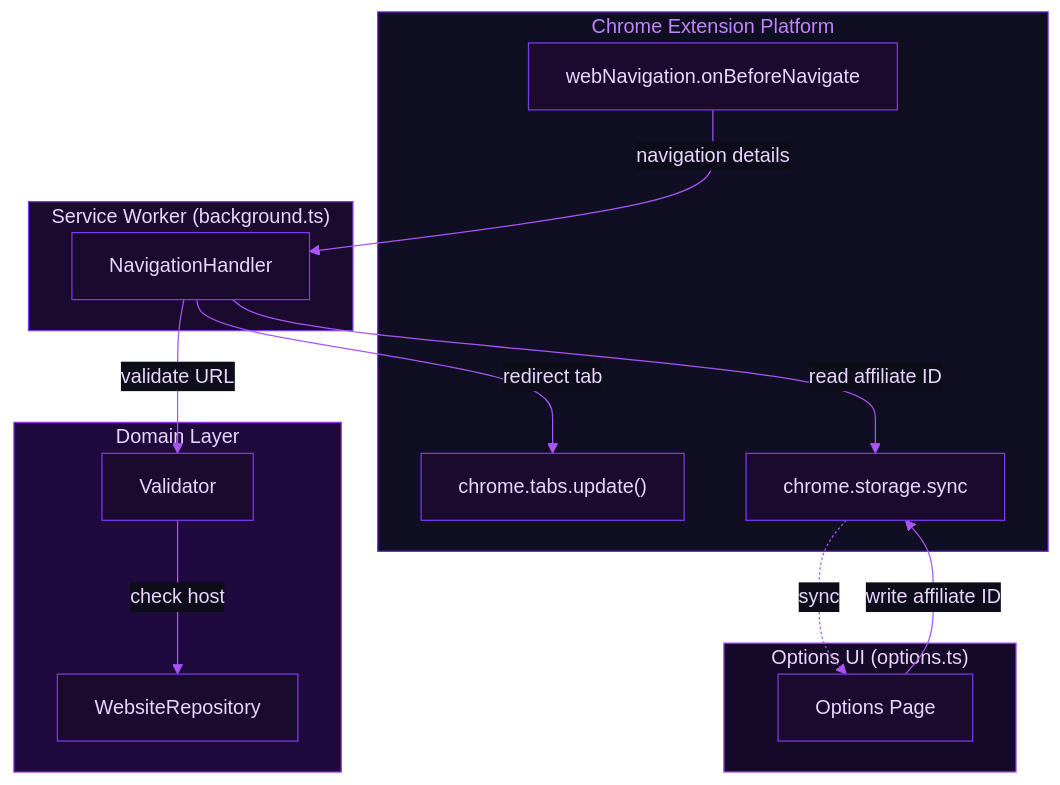
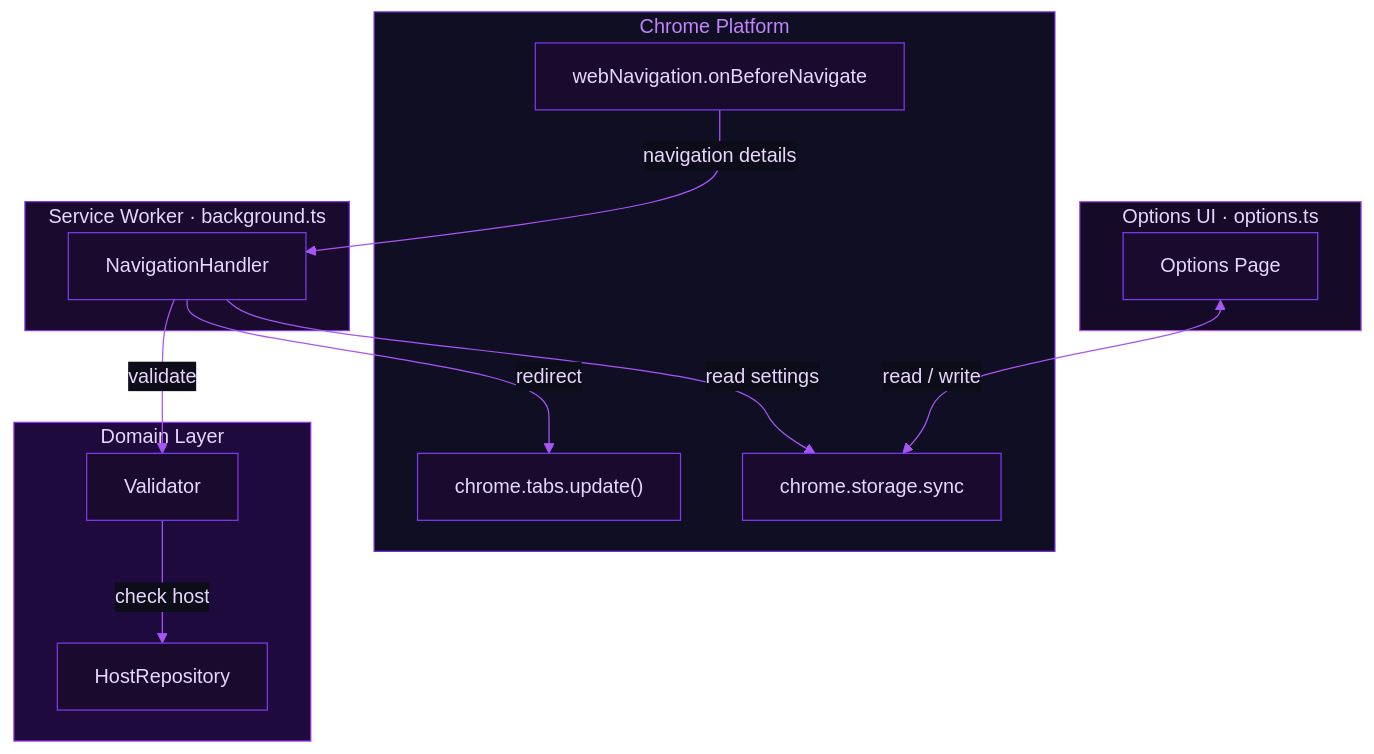
The first of 3 diagrams in README.md (simwai/chrome-extension-template), drawn with Mermaid before and after one commit. The commit also changed other lines of this file and 21 other files, not shown here.

First line of the commit message:
refactor: reduce to generic chrome extension template

````diff
--- a/README.md
+++ b/README.md
@@ -69,35 +33,34 @@
 ```mermaid
-%%{init: {'theme': 'base', 'themeVariables': {'primaryColor': '#1a0a2e', 'primaryTextColor': '#e9d5ff', 'primaryBorderColor': '#7c3aed', 'lineColor': '#a855f7', 'secondaryColor': '#0d0d1a', 'tertiaryColor': '#1e0a3c', 'background': '#0a0a18', 'mainBkg': '#1a0a2e', 'nodeBorder': '#7c3aed', 'clusterBkg': '#100e22', 'titleColor': '#c084fc', 'edgeLabelBackground': '#0d0d1a', 'fontFamily': 'Segoe UI, system-ui, sans-serif'}}}%%
+%%{init: {'theme': 'base', 'themeVariables': {'primaryColor': '#1a0a2e', 'primaryTextColor': '#e9d5ff', 'primaryBorderColor': '#7c3aed', 'lineColor': '#a855f7', 'secondaryColor': '#0d0d1a', 'background': '#0a0a18', 'mainBkg': '#1a0a2e', 'nodeBorder': '#7c3aed', 'clusterBkg': '#100e22', 'titleColor': '#c084fc', 'edgeLabelBackground': '#0d0d1a', 'fontFamily': 'Segoe UI, system-ui, sans-serif'}}}%%
 graph TB
-    subgraph chrome ["Chrome Extension Platform"]
+    subgraph chrome ["Chrome Platform"]
         WN["webNavigation.onBeforeNavigate"]
         TABS["chrome.tabs.update()"]
         STORAGE["chrome.storage.sync"]
     end
 
-    subgraph bg ["Service Worker (background.ts)"]
+    subgraph sw ["Service Worker · background.ts"]
         NH["NavigationHandler"]
     end
 
     subgraph domain ["Domain Layer"]
-        VALIDATOR["Validator"]
-        REPO["WebsiteRepository"]
+        V["Validator"]
+        HR["HostRepository"]
     end
 
-    subgraph ui ["Options UI (options.ts)"]
+    subgraph ui ["Options UI · options.ts"]
         OPT["Options Page"]
     end
 
     WN -->|navigation details| NH
-    NH -->|validate URL| VALIDATOR
-    VALIDATOR -->|check host| REPO
-    NH -->|read affiliate ID| STORAGE
-    NH -->|redirect tab| TABS
-    OPT -->|write affiliate ID| STORAGE
-    STORAGE -.->|sync| OPT
+    NH -->|validate| V
+    V -->|check host| HR
+    NH -->|read settings| STORAGE
+    NH -->|redirect| TABS
+    OPT <-->|read / write| STORAGE
 
-    style chrome fill:#100e22,stroke:#6d28d9,stroke-width:1px,color:#c084fc
-    style bg fill:#1a0a2e,stroke:#7c3aed,stroke-width:1px,color:#e9d5ff
-    style domain fill:#1e0a3c,stroke:#9333ea,stroke-width:1px,color:#e9d5ff
-    style ui fill:#150a28,stroke:#a855f7,stroke-width:1px,color:#e9d5ff
+    style chrome fill:#100e22,stroke:#6d28d9,color:#c084fc
+    style sw fill:#1a0a2e,stroke:#7c3aed,color:#e9d5ff
+    style domain fill:#1e0a3c,stroke:#9333ea,color:#e9d5ff
+    style ui fill:#150a28,stroke:#a855f7,color:#e9d5ff
 ```
````
